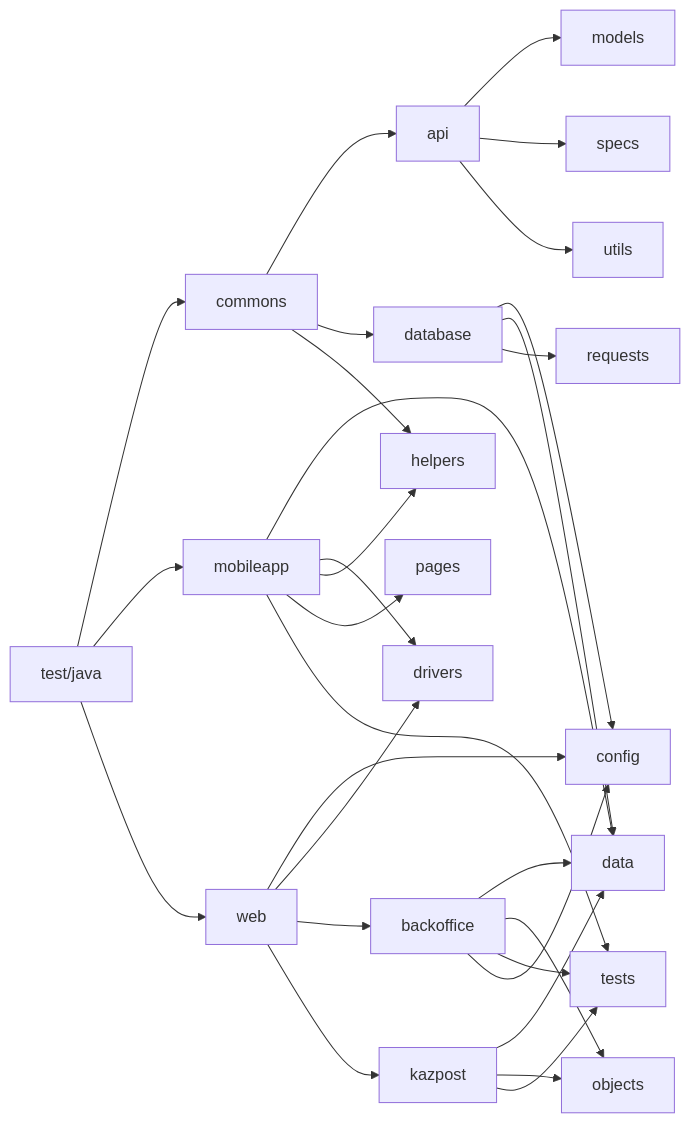
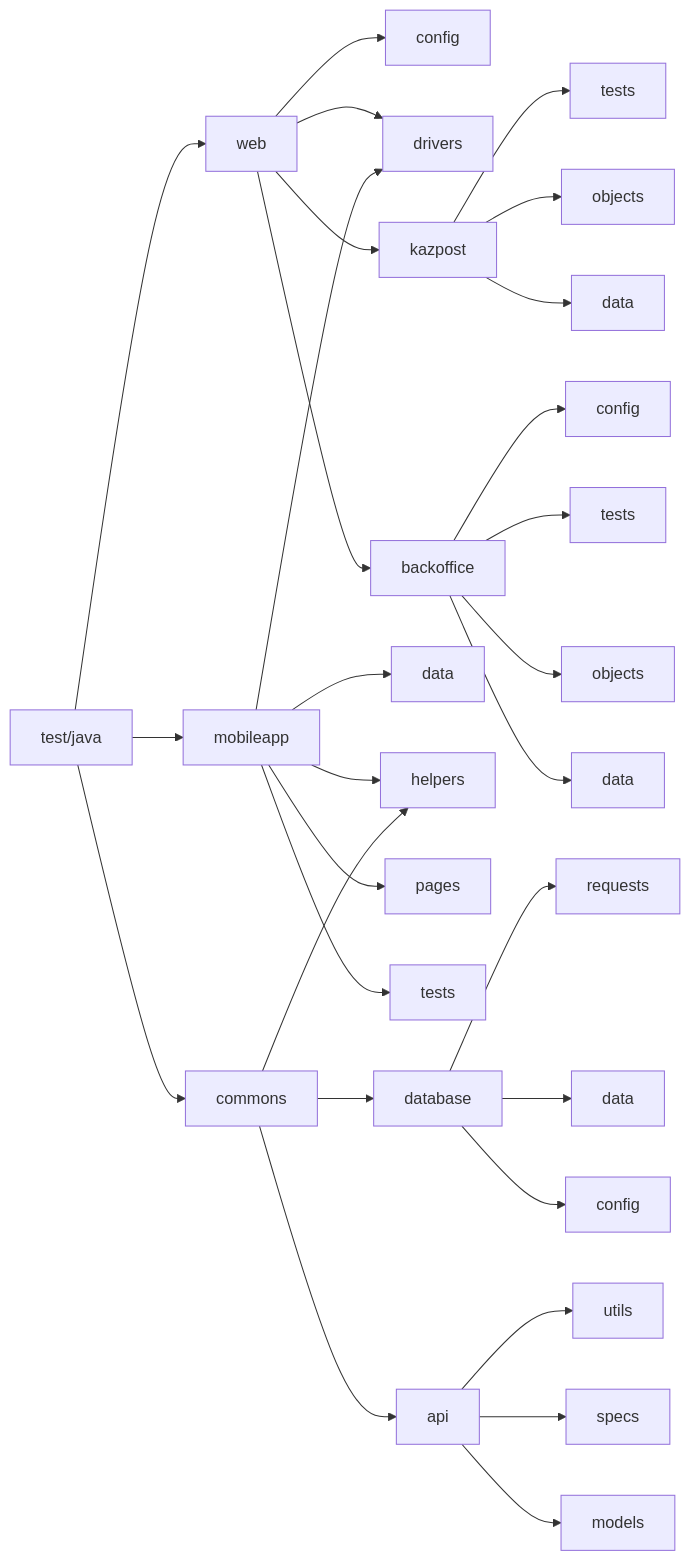
The diagram in README.md (alena-shs/tabys-tests), drawn with Mermaid before and after one commit.

Commit message:
readme.md

````diff
--- a/README.md
+++ b/README.md
@@ -109,16 +109,16 @@
 ```mermaid
   graph LR;
       test["test/java"]-->commons;
       test["test/java"]-->mobileapp;
       test["test/java"]-->web;
       web-->config;
       web-->drivers;
       web-->backoffice;
       web-->kazpost;
-      kazpost-->data & objects & tests;
-      backoffice-->data & objects & tests & config;
-      mobileapp-->data & drivers & helpers & pages & tests;
+      kazpost-->kdata[data] & kobj[objects] & ktests[tests];
+      backoffice-->bdata[data] & objects & btests[tests] & bconfig[config];
+      mobileapp-->mdata[data] & drivers & helpers & pages & mtests[tests];
       commons --> api & database & helpers;
       api --> models & specs & utils;
-      database --> config & data & requests;
+      database --> dconfig[config] & ddata[data] & requests;
 ```
````
